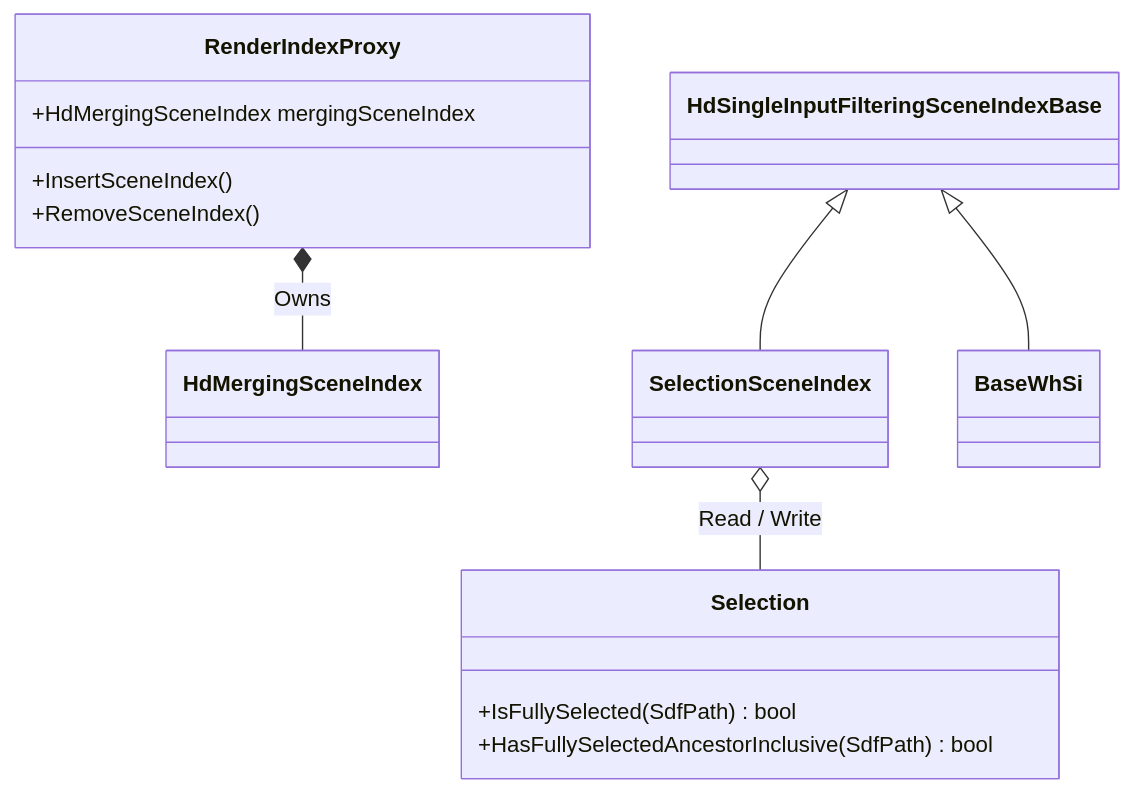
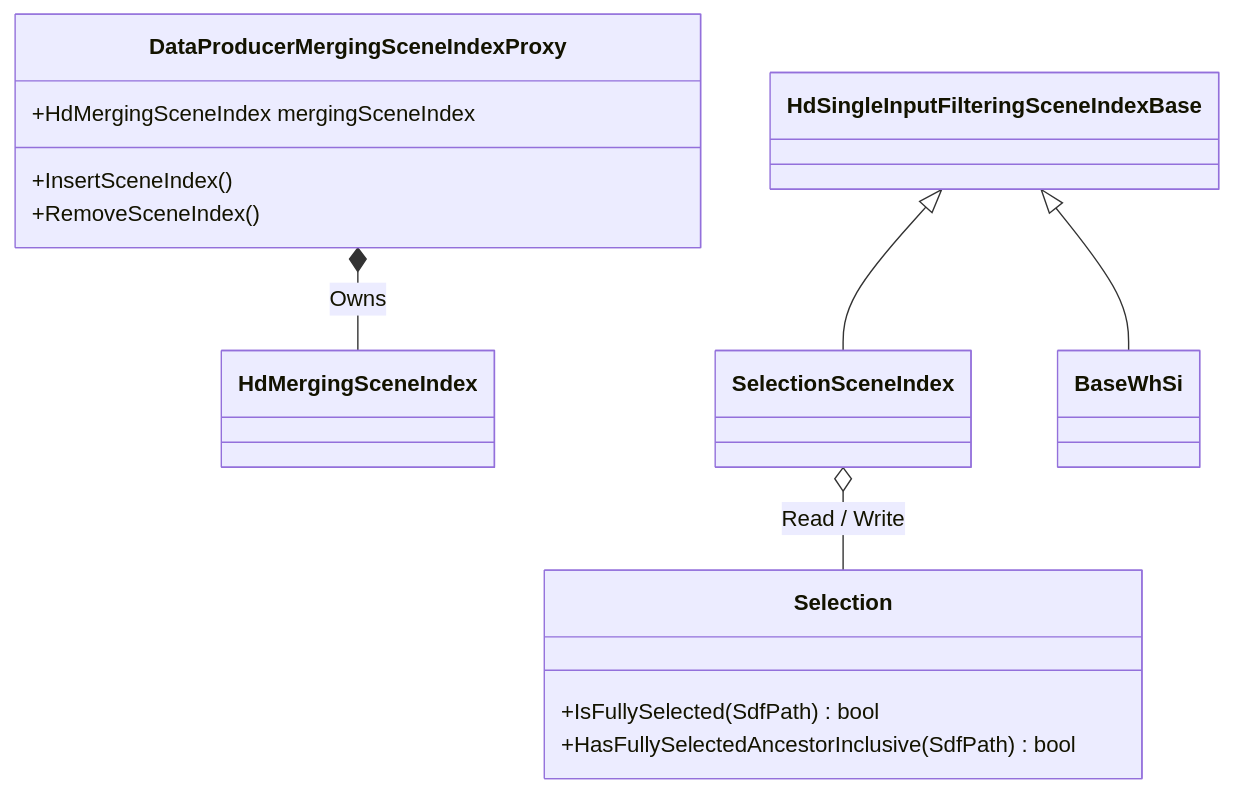
The second of 2 diagrams in doc/selectionHighlightingArchitecture.md (Autodesk/maya-hydra), drawn with Mermaid before and after one commit. The commit also changed other lines of this file and 21 other files, not shown here.

````diff
--- a/doc/selectionHighlightingArchitecture.md
+++ b/doc/selectionHighlightingArchitecture.md
@@ -231,27 +231,27 @@
 ```mermaid
 classDiagram
 class HdSingleInputFilteringSceneIndexBase
 class HdMergingSceneIndex
 
 class Selection{
 +IsFullySelected(SdfPath) bool
 +HasFullySelectedAncestorInclusive(SdfPath) bool
 }
 
 class SelectionSceneIndex
 class BaseWhSi
 
-class RenderIndexProxy{
+class DataProducerMergingSceneIndexProxy{
 +HdMergingSceneIndex mergingSceneIndex
 +InsertSceneIndex()
 +RemoveSceneIndex()
 }
 
 HdSingleInputFilteringSceneIndexBase <|-- SelectionSceneIndex
 
 HdSingleInputFilteringSceneIndexBase <|-- BaseWhSi
 
-RenderIndexProxy *-- HdMergingSceneIndex : Owns
+DataProducerMergingSceneIndexProxy *-- HdMergingSceneIndex : Owns
 
 SelectionSceneIndex o-- Selection : Read / Write
 ```
````
